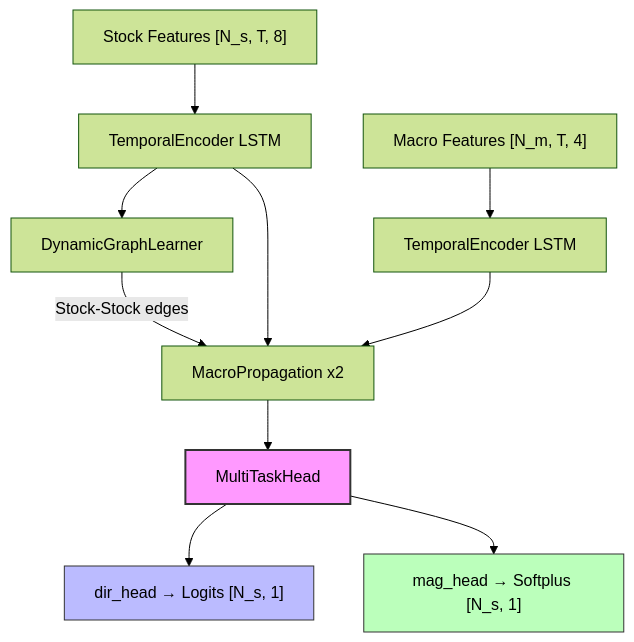
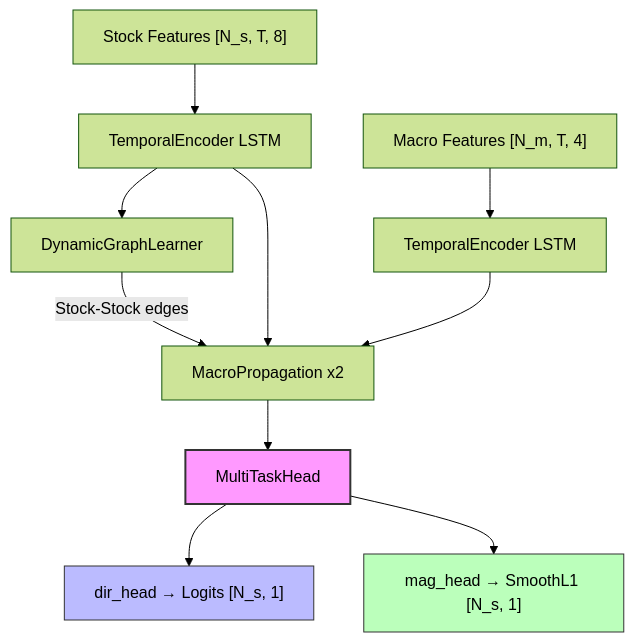
Before and after one commit to KishanYern/DGRCL_Strategy: the diagram in README.md, drawn with Mermaid (forest theme). The commit also changed other lines of this file and 5 other files, not shown here.

Commit message:
Add v1.5 Documentation (Methodology, Setup, Backtesting, API) and Future Roadmap

````diff
--- a/README.md
+++ b/README.md
@@ -24,16 +36,16 @@
 ```mermaid
 graph TD
     A["Stock Features [N_s, T, 8]"] --> B[TemporalEncoder LSTM]
     C["Macro Features [N_m, T, 4]"] --> D[TemporalEncoder LSTM]
     B --> E[DynamicGraphLearner]
     B --> F[MacroPropagation x2]
     D --> F
     E -->|"Stock-Stock edges"| F
     F --> G["MultiTaskHead"]
     G --> H["dir_head → Logits [N_s, 1]"]
-    G --> I["mag_head → Softplus [N_s, 1]"]
+    G --> I["mag_head → SmoothL1 [N_s, 1]"]
 
     style G fill:#f9f,stroke:#333,stroke-width:2px
     style H fill:#bbf,stroke:#333
     style I fill:#bfb,stroke:#333
 ```
````
